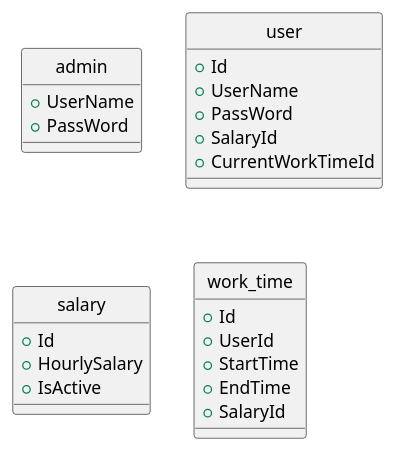
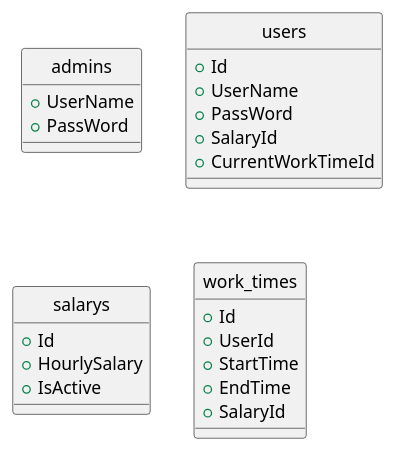
The diagram in Document/Database.puml (YanaPIIDXer/AttendanceSample), drawn with PlantUML before and after one commit.

Commit message:
Railsの生成するテーブルの命名規則に合わせた。

```diff
--- a/Document/Database.puml
+++ b/Document/Database.puml
@@ -1,31 +1,31 @@
 @startuml
 hide circle
 
-class admin{
+class admins{
    + UserName
    + PassWord
 }
 
-class user{
+class users{
   + Id
   + UserName
   + PassWord
   + SalaryId
   + CurrentWorkTimeId
 }
 
-class salary{
+class salarys{
   + Id
   + HourlySalary
   + IsActive
 }
 
-class work_time{
+class work_times{
   + Id
   + UserId
   + StartTime
   + EndTime
   + SalaryId
 }
 
 @end
```
